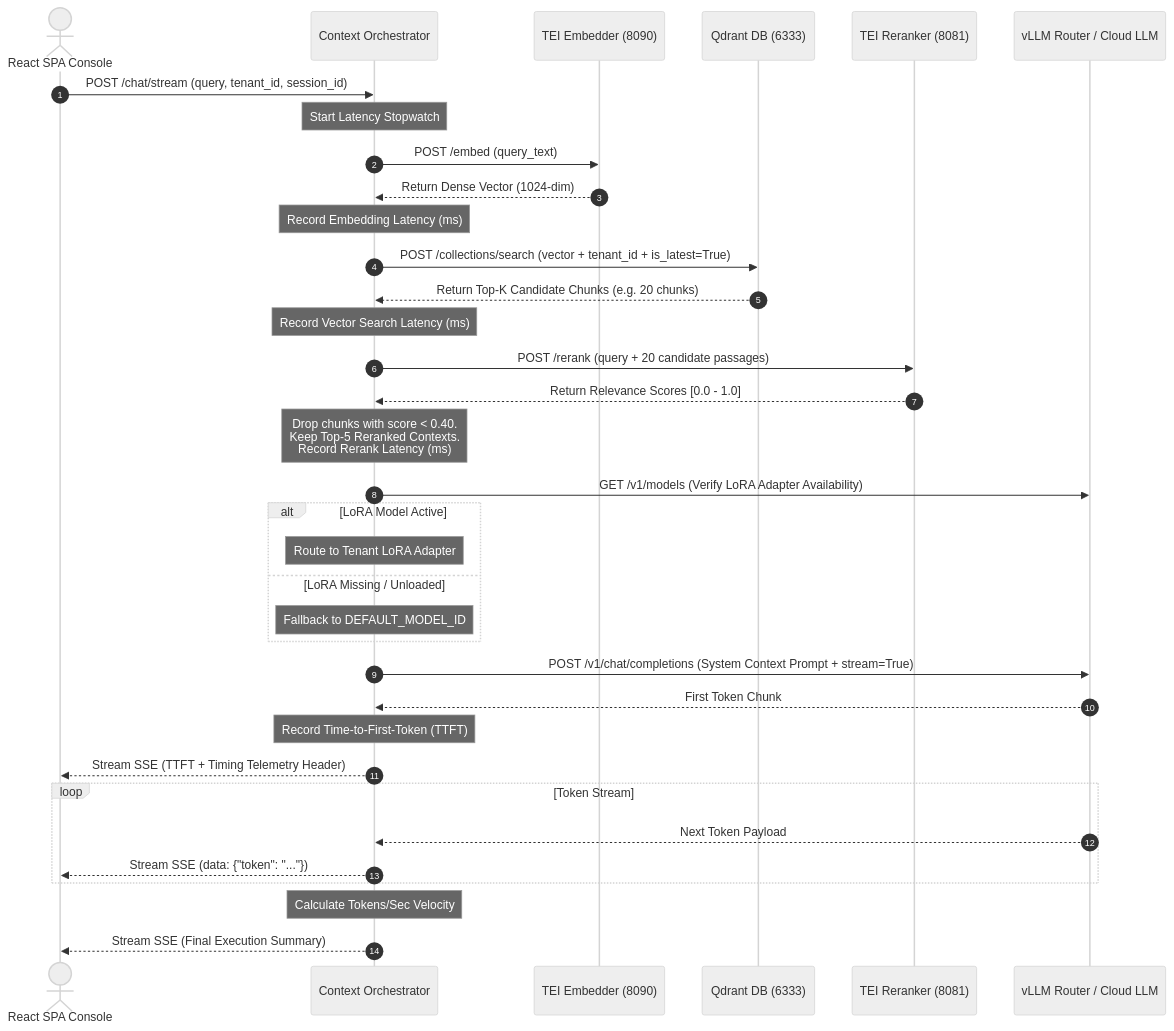
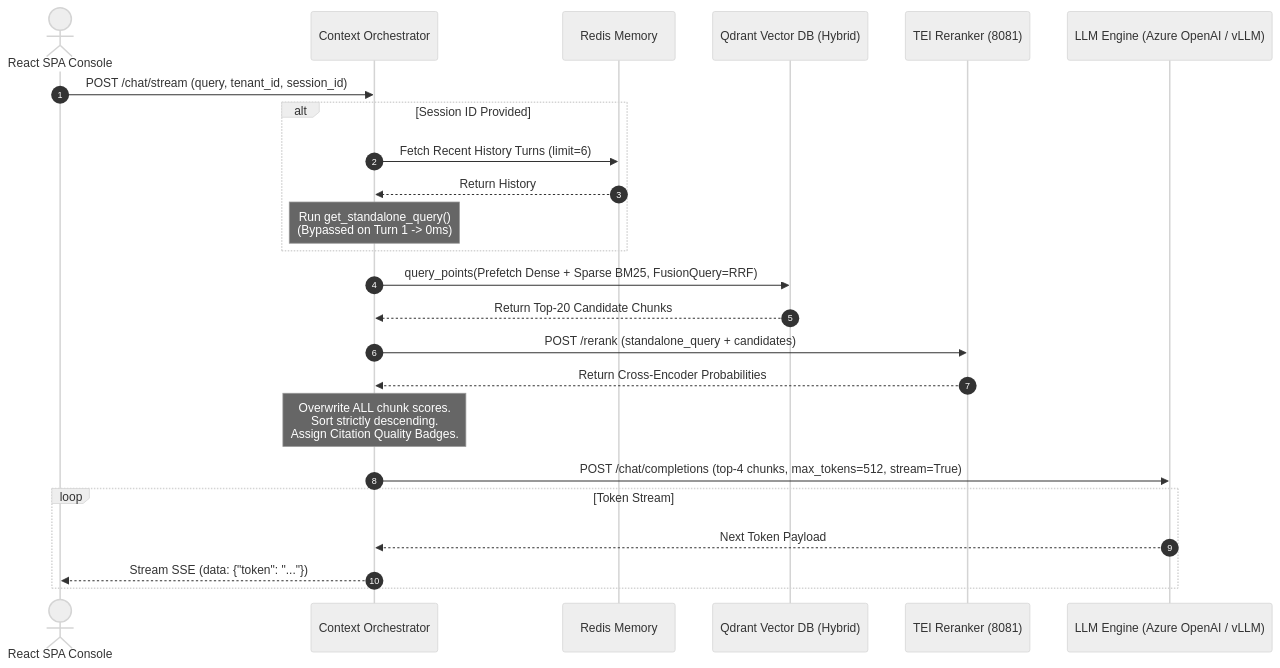
Before and after one commit to gpu-stack/Enterprise-AI-Fabric: the diagram in src/generation/README.md, drawn with Mermaid (neutral theme). The commit also changed other lines of this file and 4 other files, not shown here.

Commit message:
docs: Add dedicated HYBRID_SEARCH.md and update architecture READMEs across codebase

````diff
--- a/src/generation/README.md
+++ b/src/generation/README.md
@@ -41,46 +32,32 @@
 ```mermaid
 sequenceDiagram
     autonumber
     actor User as React SPA Console
     participant Orch as Context Orchestrator
-    participant Embed as TEI Embedder (8090)
-    participant DB as Qdrant DB (6333)
+    participant Redis as Redis Memory
+    participant DB as Qdrant Vector DB (Hybrid)
     participant Rerank as TEI Reranker (8081)
-    participant vLLM as vLLM Router / Cloud LLM
+    participant LLM as LLM Engine (Azure OpenAI / vLLM)
 
     User->>Orch: POST /chat/stream (query, tenant_id, session_id)
-    Note over Orch: Start Latency Stopwatch
-
-    Orch->>Embed: POST /embed (query_text)
-    Embed-->>Orch: Return Dense Vector (1024-dim)
-    Note over Orch: Record Embedding Latency (ms)
-
-    Orch->>DB: POST /collections/search (vector + tenant_id + is_latest=True)
-    DB-->>Orch: Return Top-K Candidate Chunks (e.g. 20 chunks)
-    Note over Orch: Record Vector Search Latency (ms)
-
-    Orch->>Rerank: POST /rerank (query + 20 candidate passages)
-    Rerank-->>Orch: Return Relevance Scores [0.0 - 1.0]
-    Note over Orch: Drop chunks with score < 0.40.<br>Keep Top-5 Reranked Contexts.<br>Record Rerank Latency (ms)
-
-    Orch->>vLLM: GET /v1/models (Verify LoRA Adapter Availability)
-    alt LoRA Model Active
-        Note over Orch: Route to Tenant LoRA Adapter
-    else LoRA Missing / Unloaded
-        Note over Orch: Fallback to DEFAULT_MODEL_ID
+    
+    alt Session ID Provided
+        Orch->>Redis: Fetch Recent History Turns (limit=6)
+        Redis-->>Orch: Return History
+        Note over Orch: Run get_standalone_query()<br>(Bypassed on Turn 1 -> 0ms)
     end
 
-    Orch->>vLLM: POST /v1/chat/completions (System Context Prompt + stream=True)
+    Orch->>DB: query_points(Prefetch Dense + Sparse BM25, FusionQuery=RRF)
+    DB-->>Orch: Return Top-20 Candidate Chunks
+
+    Orch->>Rerank: POST /rerank (standalone_query + candidates)
+    Rerank-->>Orch: Return Cross-Encoder Probabilities
+    Note over Orch: Overwrite ALL chunk scores.<br>Sort strictly descending.<br>Assign Citation Quality Badges.
+
+    Orch->>LLM: POST /chat/completions (top-4 chunks, max_tokens=512, stream=True)
     
-    vLLM-->>Orch: First Token Chunk
-    Note over Orch: Record Time-to-First-Token (TTFT)
-    Orch-->>User: Stream SSE (TTFT + Timing Telemetry Header)
-
     loop Token Stream
-        vLLM-->>Orch: Next Token Payload
+        LLM-->>Orch: Next Token Payload
         Orch-->>User: Stream SSE (data: {"token": "..."})
     end
-
-    Note over Orch: Calculate Tokens/Sec Velocity
-    Orch-->>User: Stream SSE (Final Execution Summary)
 ```
````
